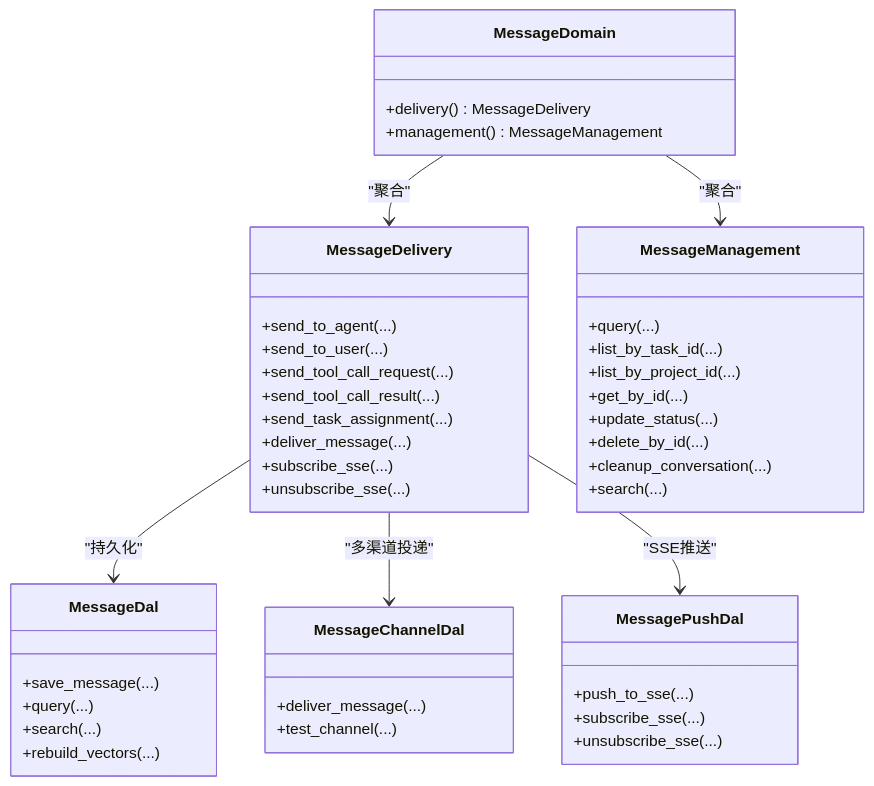
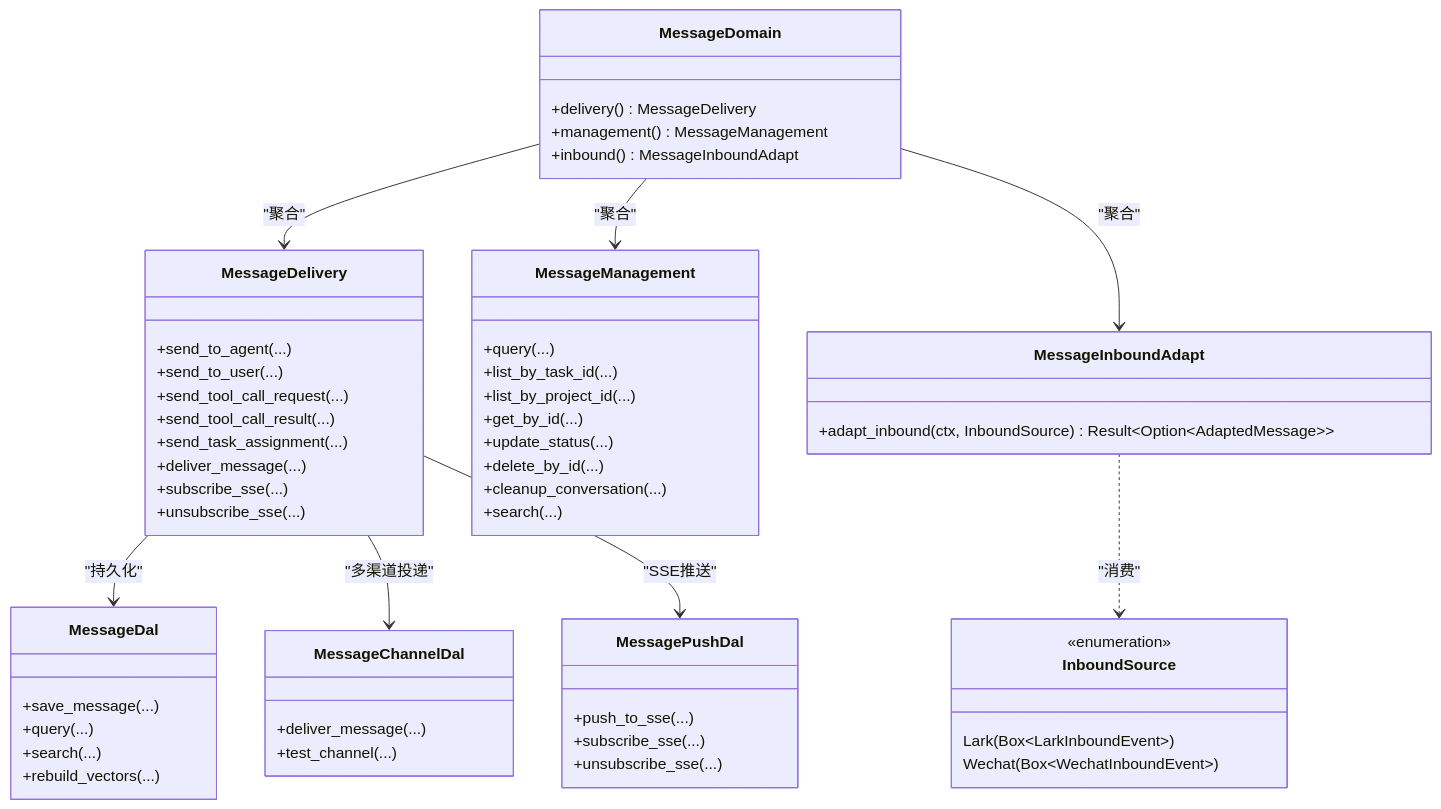
Before and after one commit to runningcoders/ai_orz: the fifth of 5 diagrams in docs/wiki/zh/content/核心模块/服务层/领域层/消息领域.md, drawn with Mermaid. The commit also changed other lines of this file and 11 other files, not shown here.

````diff
--- a/docs/wiki/zh/content/核心模块/服务层/领域层/消息领域.md
+++ b/docs/wiki/zh/content/核心模块/服务层/领域层/消息领域.md
@@ -288,47 +293,58 @@
 ```mermaid
 classDiagram
 class MessageDomain {
 +delivery() MessageDelivery
 +management() MessageManagement
++inbound() MessageInboundAdapt
 }
 class MessageDelivery {
 +send_to_agent(...)
 +send_to_user(...)
 +send_tool_call_request(...)
 +send_tool_call_result(...)
 +send_task_assignment(...)
 +deliver_message(...)
 +subscribe_sse(...)
 +unsubscribe_sse(...)
 }
 class MessageManagement {
 +query(...)
 +list_by_task_id(...)
 +list_by_project_id(...)
 +get_by_id(...)
 +update_status(...)
 +delete_by_id(...)
 +cleanup_conversation(...)
 +search(...)
 }
+class MessageInboundAdapt {
++adapt_inbound(ctx, InboundSource) Result~Option~AdaptedMessage~~
+}
+class InboundSource {
+<<enumeration>>
+Lark(Box~LarkInboundEvent~)
+Wechat(Box~WechatInboundEvent~)
+}
 class MessageDal {
 +save_message(...)
 +query(...)
 +search(...)
 +rebuild_vectors(...)
 }
 class MessageChannelDal {
 +deliver_message(...)
 +test_channel(...)
 }
 class MessagePushDal {
 +push_to_sse(...)
 +subscribe_sse(...)
 +unsubscribe_sse(...)
 }
 MessageDomain --> MessageDelivery : "聚合"
 MessageDomain --> MessageManagement : "聚合"
+MessageDomain --> MessageInboundAdapt : "聚合"
+MessageInboundAdapt ..> InboundSource : "消费"
 MessageDelivery --> MessageDal : "持久化"
 MessageDelivery --> MessageChannelDal : "多渠道投递"
 MessageDelivery --> MessagePushDal : "SSE推送"
 ```
````
